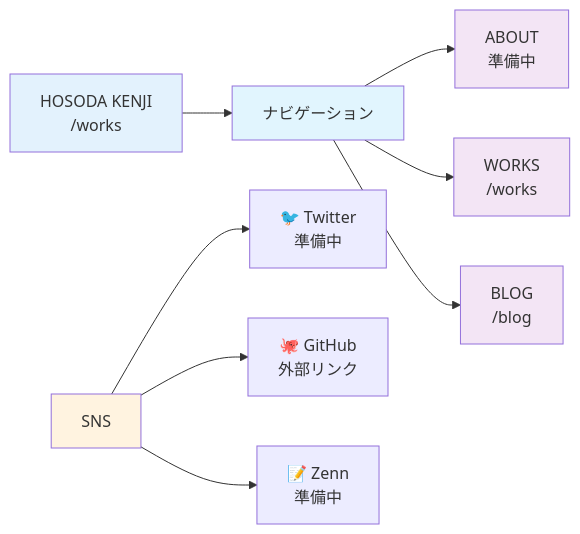
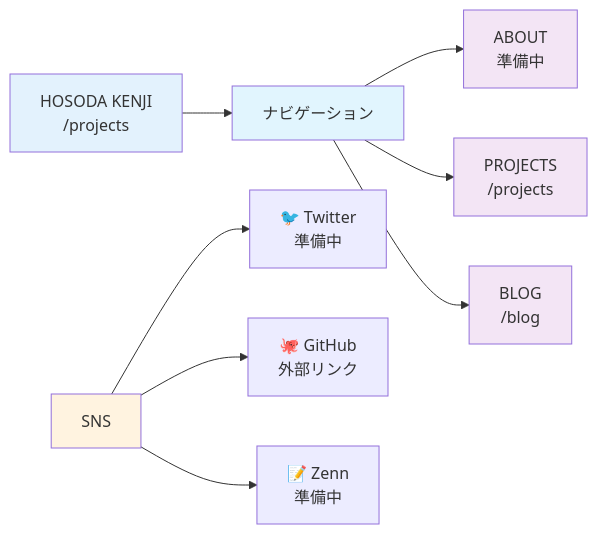
Before and after one commit to kmh-no3/kenji-hub: the second of 2 diagrams in docs/navigation-overview.md, drawn with Mermaid. The commit also changed other lines of this file and 28 other files, not shown here.

````diff
--- a/docs/navigation-overview.md
+++ b/docs/navigation-overview.md
@@ -57,18 +57,18 @@
 ```mermaid
 graph LR
-    Logo[HOSODA KENJI<br/>/works] --> Nav[ナビゲーション]
+    Logo[HOSODA KENJI<br/>/projects] --> Nav[ナビゲーション]
     Nav --> About[ABOUT<br/>準備中]
-    Nav --> Works[WORKS<br/>/works]
+    Nav --> Projects[PROJECTS<br/>/projects]
     Nav --> Blog[BLOG<br/>/blog]
     
     SNS[SNS] --> Twitter[🐦 Twitter<br/>準備中]
     SNS --> GitHub[🐙 GitHub<br/>外部リンク]
     SNS --> Zenn[📝 Zenn<br/>準備中]
     
     style Logo fill:#e3f2fd
     style Nav fill:#e1f5fe
     style About fill:#f3e5f5
-    style Works fill:#f3e5f5
+    style Projects fill:#f3e5f5
     style Blog fill:#f3e5f5
     style SNS fill:#fff3e0
 ```
````
